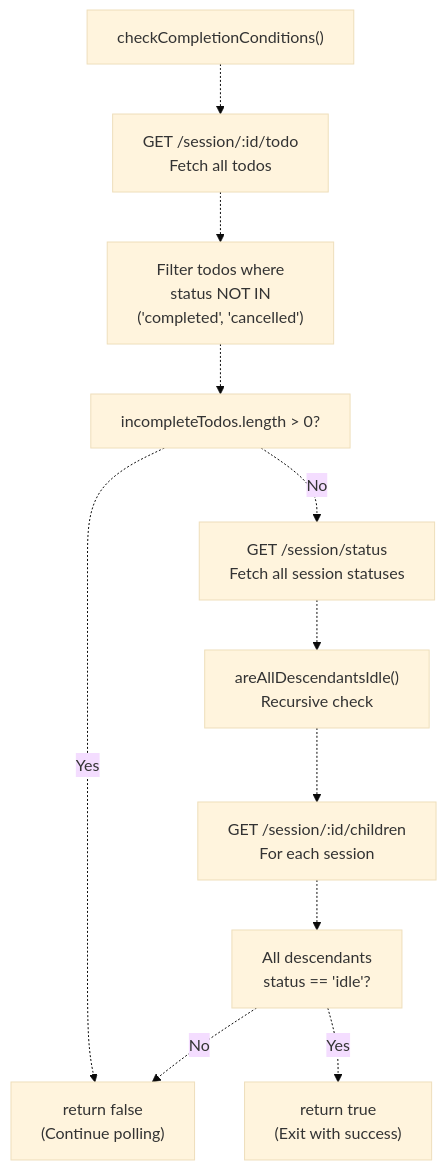
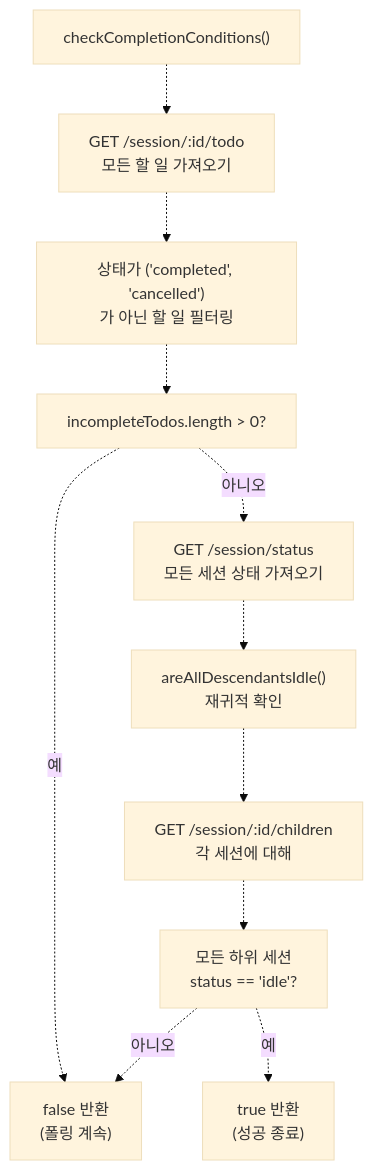
Before and after one commit to felipetruman/oh-my-opencode-docs: the eighth of 9 diagrams in docs/automation/sisyphus-agent-workflow.md, drawn with Mermaid (base theme). The commit also changed other lines of this file and 76 other files, not shown here.

````diff
--- a/docs/automation/sisyphus-agent-workflow.md
+++ b/docs/automation/sisyphus-agent-workflow.md
@@ -477,25 +444,25 @@
 ```mermaid
 flowchart TD
 
 CheckCompletion["checkCompletionConditions()"]
-FetchTodos["GET /session/:id/todo<br>Fetch all todos"]
-FilterIncomplete["Filter todos where<br>status NOT IN<br>('completed', 'cancelled')"]
+FetchTodos["GET /session/:id/todo<br>모든 할 일 가져오기"]
+FilterIncomplete["상태가 ('completed', 'cancelled')<br>가 아닌 할 일 필터링"]
 TodosCheck["incompleteTodos.length > 0?"]
-FetchStatuses["GET /session/status<br>Fetch all session statuses"]
-CheckDescendants["areAllDescendantsIdle()<br>Recursive check"]
-RecursiveFetch["GET /session/:id/children<br>For each session"]
-DescendantsCheck["All descendants<br>status == 'idle'?"]
-ReturnFalse["return false<br>(Continue polling)"]
-ReturnTrue["return true<br>(Exit with success)"]
+FetchStatuses["GET /session/status<br>모든 세션 상태 가져오기"]
+CheckDescendants["areAllDescendantsIdle()<br>재귀적 확인"]
+RecursiveFetch["GET /session/:id/children<br>각 세션에 대해"]
+DescendantsCheck["모든 하위 세션<br>status == 'idle'?"]
+ReturnFalse["false 반환<br>(폴링 계속)"]
+ReturnTrue["true 반환<br>(성공 종료)"]
 
 CheckCompletion -.-> FetchTodos
 FetchTodos -.-> FilterIncomplete
 FilterIncomplete -.-> TodosCheck
-TodosCheck -.->|"Yes"| ReturnFalse
-TodosCheck -.->|"No"| FetchStatuses
+TodosCheck -.->|"예"| ReturnFalse
+TodosCheck -.->|"아니오"| FetchStatuses
 FetchStatuses -.-> CheckDescendants
 CheckDescendants -.-> RecursiveFetch
 RecursiveFetch -.-> DescendantsCheck
-DescendantsCheck -.->|"No"| ReturnFalse
-DescendantsCheck -.->|"Yes"| ReturnTrue
+DescendantsCheck -.->|"아니오"| ReturnFalse
+DescendantsCheck -.->|"예"| ReturnTrue
 ```
````
